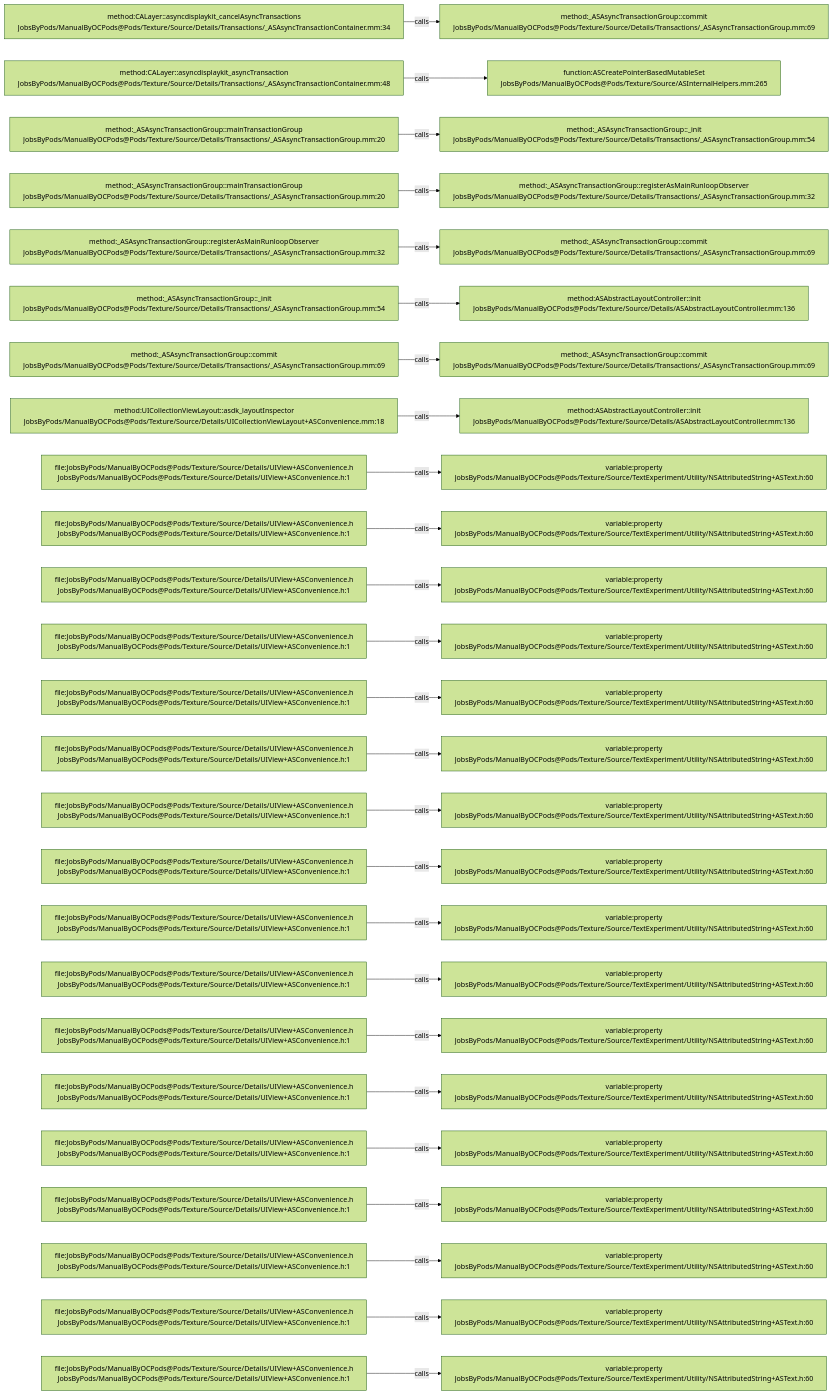
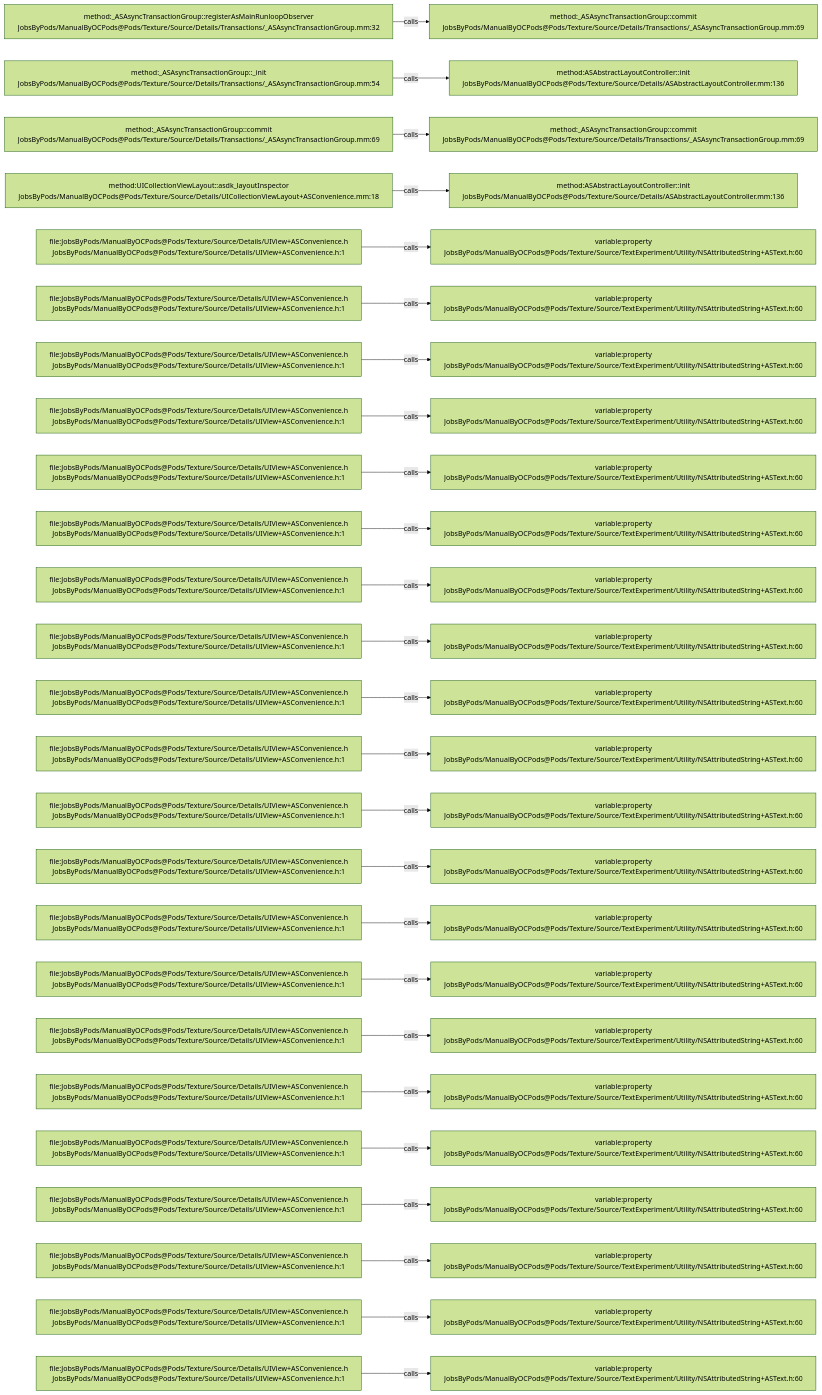
The diagram in .codegraph/codegraph.md/graphs/calls-167.md (JobsKits/JobsOCBaseConfigDemo), drawn with Mermaid (forest theme) before and after one commit. The commit also changed 727 other files, not shown here.

````diff
--- a/.codegraph/codegraph.md/graphs/calls-167.md
+++ b/.codegraph/codegraph.md/graphs/calls-167.md
@@ -13,78 +13,78 @@
 ```mermaid
 flowchart LR
-  S1["method:CALayer::asyncdisplaykit_cancelAsyncTransactions<br/>JobsByPods/ManualByOCPods@Pods/Texture/Source/Details/Transactions/_ASAsyncTransactionContainer.mm:34"]
+  S1["method:_ASAsyncTransactionGroup::registerAsMainRunloopObserver<br/>JobsByPods/ManualByOCPods@Pods/Texture/Source/Details/Transactions/_ASAsyncTransactionGroup.mm:32"]
   T1["method:_ASAsyncTransactionGroup::commit<br/>JobsByPods/ManualByOCPods@Pods/Texture/Source/Details/Transactions/_ASAsyncTransactionGroup.mm:69"]
   S1 -->|calls| T1
-  S2["method:CALayer::asyncdisplaykit_asyncTransaction<br/>JobsByPods/ManualByOCPods@Pods/Texture/Source/Details/Transactions/_ASAsyncTransactionContainer.mm:48"]
-  T2["function:ASCreatePointerBasedMutableSet<br/>JobsByPods/ManualByOCPods@Pods/Texture/Source/ASInternalHelpers.mm:265"]
+  S2["method:_ASAsyncTransactionGroup::_init<br/>JobsByPods/ManualByOCPods@Pods/Texture/Source/Details/Transactions/_ASAsyncTransactionGroup.mm:54"]
+  T2["method:ASAbstractLayoutController::init<br/>JobsByPods/ManualByOCPods@Pods/Texture/Source/Details/ASAbstractLayoutController.mm:136"]
   S2 -->|calls| T2
-  S3["method:_ASAsyncTransactionGroup::mainTransactionGroup<br/>JobsByPods/ManualByOCPods@Pods/Texture/Source/Details/Transactions/_ASAsyncTransactionGroup.mm:20"]
-  T3["method:_ASAsyncTransactionGroup::_init<br/>JobsByPods/ManualByOCPods@Pods/Texture/Source/Details/Transactions/_ASAsyncTransactionGroup.mm:54"]
+  S3["method:_ASAsyncTransactionGroup::commit<br/>JobsByPods/ManualByOCPods@Pods/Texture/Source/Details/Transactions/_ASAsyncTransactionGroup.mm:69"]
+  T3["method:_ASAsyncTransactionGroup::commit<br/>JobsByPods/ManualByOCPods@Pods/Texture/Source/Details/Transactions/_ASAsyncTransactionGroup.mm:69"]
   S3 -->|calls| T3
-  S4["method:_ASAsyncTransactionGroup::mainTransactionGroup<br/>JobsByPods/ManualByOCPods@Pods/Texture/Source/Details/Transactions/_ASAsyncTransactionGroup.mm:20"]
-  T4["method:_ASAsyncTransactionGroup::registerAsMainRunloopObserver<br/>JobsByPods/ManualByOCPods@Pods/Texture/Source/Details/Transactions/_ASAsyncTransactionGroup.mm:32"]
+  S4["method:UICollectionViewLayout::asdk_layoutInspector<br/>JobsByPods/ManualByOCPods@Pods/Texture/Source/Details/UICollectionViewLayout+ASConvenience.mm:18"]
+  T4["method:ASAbstractLayoutController::init<br/>JobsByPods/ManualByOCPods@Pods/Texture/Source/Details/ASAbstractLayoutController.mm:136"]
   S4 -->|calls| T4
-  S5["method:_ASAsyncTransactionGroup::registerAsMainRunloopObserver<br/>JobsByPods/ManualByOCPods@Pods/Texture/Source/Details/Transactions/_ASAsyncTransactionGroup.mm:32"]
-  T5["method:_ASAsyncTransactionGroup::commit<br/>JobsByPods/ManualByOCPods@Pods/Texture/Source/Details/Transactions/_ASAsyncTransactionGroup.mm:69"]
+  S5["file:JobsByPods/ManualByOCPods@Pods/Texture/Source/Details/UIView+ASConvenience.h<br/>JobsByPods/ManualByOCPods@Pods/Texture/Source/Details/UIView+ASConvenience.h:1"]
+  T5["variable:property<br/>JobsByPods/ManualByOCPods@Pods/Texture/Source/TextExperiment/Utility/NSAttributedString+ASText.h:60"]
   S5 -->|calls| T5
-  S6["method:_ASAsyncTransactionGroup::_init<br/>JobsByPods/ManualByOCPods@Pods/Texture/Source/Details/Transactions/_ASAsyncTransactionGroup.mm:54"]
-  T6["method:ASAbstractLayoutController::init<br/>JobsByPods/ManualByOCPods@Pods/Texture/Source/Details/ASAbstractLayoutController.mm:136"]
+  S6["file:JobsByPods/ManualByOCPods@Pods/Texture/Source/Details/UIView+ASConvenience.h<br/>JobsByPods/ManualByOCPods@Pods/Texture/Source/Details/UIView+ASConvenience.h:1"]
+  T6["variable:property<br/>JobsByPods/ManualByOCPods@Pods/Texture/Source/TextExperiment/Utility/NSAttributedString+ASText.h:60"]
   S6 -->|calls| T6
-  S7["method:_ASAsyncTransactionGroup::commit<br/>JobsByPods/ManualByOCPods@Pods/Texture/Source/Details/Transactions/_ASAsyncTransactionGroup.mm:69"]
-  T7["method:_ASAsyncTransactionGroup::commit<br/>JobsByPods/ManualByOCPods@Pods/Texture/Source/Details/Transactions/_ASAsyncTransactionGroup.mm:69"]
+  S7["file:JobsByPods/ManualByOCPods@Pods/Texture/Source/Details/UIView+ASConvenience.h<br/>JobsByPods/ManualByOCPods@Pods/Texture/Source/Details/UIView+ASConvenience.h:1"]
+  T7["variable:property<br/>JobsByPods/ManualByOCPods@Pods/Texture/Source/TextExperiment/Utility/NSAttributedString+ASText.h:60"]
   S7 -->|calls| T7
-  S8["method:UICollectionViewLayout::asdk_layoutInspector<br/>JobsByPods/ManualByOCPods@Pods/Texture/Source/Details/UICollectionViewLayout+ASConvenience.mm:18"]
-  T8["method:ASAbstractLayoutController::init<br/>JobsByPods/ManualByOCPods@Pods/Texture/Source/Details/ASAbstractLayoutController.mm:136"]
+  S8["file:JobsByPods/ManualByOCPods@Pods/Texture/Source/Details/UIView+ASConvenience.h<br/>JobsByPods/ManualByOCPods@Pods/Texture/Source/Details/UIView+ASConvenience.h:1"]
+  T8["variable:property<br/>JobsByPods/ManualByOCPods@Pods/Texture/Source/TextExperiment/Utility/NSAttributedString+ASText.h:60"]
   S8 -->|calls| T8
   S9["file:JobsByPods/ManualByOCPods@Pods/Texture/Source/Details/UIView+ASConvenience.h<br/>JobsByPods/ManualByOCPods@Pods/Texture/Source/Details/UIView+ASConvenience.h:1"]
   T9["variable:property<br/>JobsByPods/ManualByOCPods@Pods/Texture/Source/TextExperiment/Utility/NSAttributedString+ASText.h:60"]
   S9 -->|calls| T9
   S10["file:JobsByPods/ManualByOCPods@Pods/Texture/Source/Details/UIView+ASConvenience.h<br/>JobsByPods/ManualByOCPods@Pods/Texture/Source/Details/UIView+ASConvenience.h:1"]
   T10["variable:property<br/>JobsByPods/ManualByOCPods@Pods/Texture/Source/TextExperiment/Utility/NSAttributedString+ASText.h:60"]
   S10 -->|calls| T10
   S11["file:JobsByPods/ManualByOCPods@Pods/Texture/Source/Details/UIView+ASConvenience.h<br/>JobsByPods/ManualByOCPods@Pods/Texture/Source/Details/UIView+ASConvenience.h:1"]
   T11["variable:property<br/>JobsByPods/ManualByOCPods@Pods/Texture/Source/TextExperiment/Utility/NSAttributedString+ASText.h:60"]
   S11 -->|calls| T11
   S12["file:JobsByPods/ManualByOCPods@Pods/Texture/Source/Details/UIView+ASConvenience.h<br/>JobsByPods/ManualByOCPods@Pods/Texture/Source/Details/UIView+ASConvenience.h:1"]
   T12["variable:property<br/>JobsByPods/ManualByOCPods@Pods/Texture/Source/TextExperiment/Utility/NSAttributedString+ASText.h:60"]
   S12 -->|calls| T12
   S13["file:JobsByPods/ManualByOCPods@Pods/Texture/Source/Details/UIView+ASConvenience.h<br/>JobsByPods/ManualByOCPods@Pods/Texture/Source/Details/UIView+ASConvenience.h:1"]
   T13["variable:property<br/>JobsByPods/ManualByOCPods@Pods/Texture/Source/TextExperiment/Utility/NSAttributedString+ASText.h:60"]
   S13 -->|calls| T13
   S14["file:JobsByPods/ManualByOCPods@Pods/Texture/Source/Details/UIView+ASConvenience.h<br/>JobsByPods/ManualByOCPods@Pods/Texture/Source/Details/UIView+ASConvenience.h:1"]
   T14["variable:property<br/>JobsByPods/ManualByOCPods@Pods/Texture/Source/TextExperiment/Utility/NSAttributedString+ASText.h:60"]
   S14 -->|calls| T14
   S15["file:JobsByPods/ManualByOCPods@Pods/Texture/Source/Details/UIView+ASConvenience.h<br/>JobsByPods/ManualByOCPods@Pods/Texture/Source/Details/UIView+ASConvenience.h:1"]
   T15["variable:property<br/>JobsByPods/ManualByOCPods@Pods/Texture/Source/TextExperiment/Utility/NSAttributedString+ASText.h:60"]
   S15 -->|calls| T15
   S16["file:JobsByPods/ManualByOCPods@Pods/Texture/Source/Details/UIView+ASConvenience.h<br/>JobsByPods/ManualByOCPods@Pods/Texture/Source/Details/UIView+ASConvenience.h:1"]
   T16["variable:property<br/>JobsByPods/ManualByOCPods@Pods/Texture/Source/TextExperiment/Utility/NSAttributedString+ASText.h:60"]
   S16 -->|calls| T16
   S17["file:JobsByPods/ManualByOCPods@Pods/Texture/Source/Details/UIView+ASConvenience.h<br/>JobsByPods/ManualByOCPods@Pods/Texture/Source/Details/UIView+ASConvenience.h:1"]
   T17["variable:property<br/>JobsByPods/ManualByOCPods@Pods/Texture/Source/TextExperiment/Utility/NSAttributedString+ASText.h:60"]
   S17 -->|calls| T17
   S18["file:JobsByPods/ManualByOCPods@Pods/Texture/Source/Details/UIView+ASConvenience.h<br/>JobsByPods/ManualByOCPods@Pods/Texture/Source/Details/UIView+ASConvenience.h:1"]
   T18["variable:property<br/>JobsByPods/ManualByOCPods@Pods/Texture/Source/TextExperiment/Utility/NSAttributedString+ASText.h:60"]
   S18 -->|calls| T18
   S19["file:JobsByPods/ManualByOCPods@Pods/Texture/Source/Details/UIView+ASConvenience.h<br/>JobsByPods/ManualByOCPods@Pods/Texture/Source/Details/UIView+ASConvenience.h:1"]
   T19["variable:property<br/>JobsByPods/ManualByOCPods@Pods/Texture/Source/TextExperiment/Utility/NSAttributedString+ASText.h:60"]
   S19 -->|calls| T19
   S20["file:JobsByPods/ManualByOCPods@Pods/Texture/Source/Details/UIView+ASConvenience.h<br/>JobsByPods/ManualByOCPods@Pods/Texture/Source/Details/UIView+ASConvenience.h:1"]
   T20["variable:property<br/>JobsByPods/ManualByOCPods@Pods/Texture/Source/TextExperiment/Utility/NSAttributedString+ASText.h:60"]
   S20 -->|calls| T20
   S21["file:JobsByPods/ManualByOCPods@Pods/Texture/Source/Details/UIView+ASConvenience.h<br/>JobsByPods/ManualByOCPods@Pods/Texture/Source/Details/UIView+ASConvenience.h:1"]
   T21["variable:property<br/>JobsByPods/ManualByOCPods@Pods/Texture/Source/TextExperiment/Utility/NSAttributedString+ASText.h:60"]
   S21 -->|calls| T21
   S22["file:JobsByPods/ManualByOCPods@Pods/Texture/Source/Details/UIView+ASConvenience.h<br/>JobsByPods/ManualByOCPods@Pods/Texture/Source/Details/UIView+ASConvenience.h:1"]
   T22["variable:property<br/>JobsByPods/ManualByOCPods@Pods/Texture/Source/TextExperiment/Utility/NSAttributedString+ASText.h:60"]
   S22 -->|calls| T22
   S23["file:JobsByPods/ManualByOCPods@Pods/Texture/Source/Details/UIView+ASConvenience.h<br/>JobsByPods/ManualByOCPods@Pods/Texture/Source/Details/UIView+ASConvenience.h:1"]
   T23["variable:property<br/>JobsByPods/ManualByOCPods@Pods/Texture/Source/TextExperiment/Utility/NSAttributedString+ASText.h:60"]
   S23 -->|calls| T23
   S24["file:JobsByPods/ManualByOCPods@Pods/Texture/Source/Details/UIView+ASConvenience.h<br/>JobsByPods/ManualByOCPods@Pods/Texture/Source/Details/UIView+ASConvenience.h:1"]
   T24["variable:property<br/>JobsByPods/ManualByOCPods@Pods/Texture/Source/TextExperiment/Utility/NSAttributedString+ASText.h:60"]
   S24 -->|calls| T24
   S25["file:JobsByPods/ManualByOCPods@Pods/Texture/Source/Details/UIView+ASConvenience.h<br/>JobsByPods/ManualByOCPods@Pods/Texture/Source/Details/UIView+ASConvenience.h:1"]
   T25["variable:property<br/>JobsByPods/ManualByOCPods@Pods/Texture/Source/TextExperiment/Utility/NSAttributedString+ASText.h:60"]
   S25 -->|calls| T25
 ```
````
